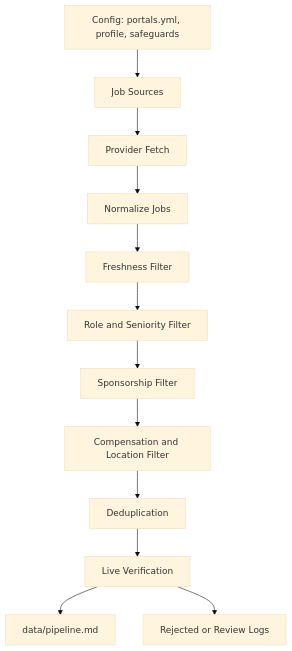
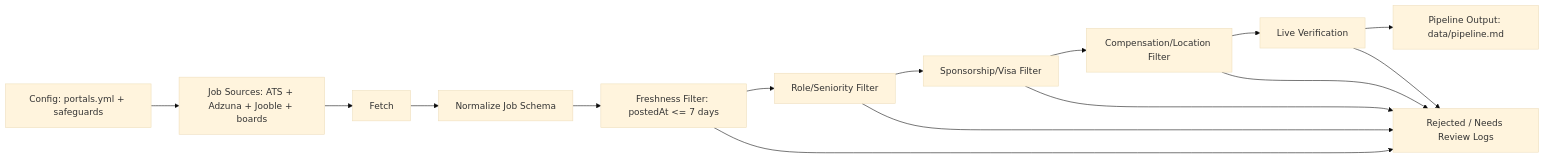
Before and after one commit to purraxis/career-ops-ai-job-scanner: the diagram in README.md, drawn with Mermaid (base theme).

Commit message:
docs: add scanner architecture diagram

````diff
--- a/README.md
+++ b/README.md
@@ -80,14 +80,17 @@
 ```mermaid
-flowchart TD
-    A["Config: portals.yml, profile, safeguards"] --> B["Job Sources"]
-    B --> C["Provider Fetch"]
-    C --> D["Normalize Jobs"]
-    D --> E["Freshness Filter"]
-    E --> F["Role and Seniority Filter"]
-    F --> G["Sponsorship Filter"]
-    G --> H["Compensation and Location Filter"]
-    H --> I["Deduplication"]
-    I --> J["Live Verification"]
-    J --> K["data/pipeline.md"]
-    J --> L["Rejected or Review Logs"]
+flowchart LR
+  A["Config: portals.yml + safeguards"] --> B["Job Sources: ATS + Adzuna + Jooble + boards"]
+  B --> C["Fetch"]
+  C --> D["Normalize Job Schema"]
+  D --> E["Freshness Filter: postedAt <= 7 days"]
+  E --> F["Role/Seniority Filter"]
+  F --> G["Sponsorship/Visa Filter"]
+  G --> H["Compensation/Location Filter"]
+  H --> I["Live Verification"]
+  I --> J["Pipeline Output: data/pipeline.md"]
+  E --> K["Rejected / Needs Review Logs"]
+  F --> K
+  G --> K
+  H --> K
+  I --> K
 ```
````
